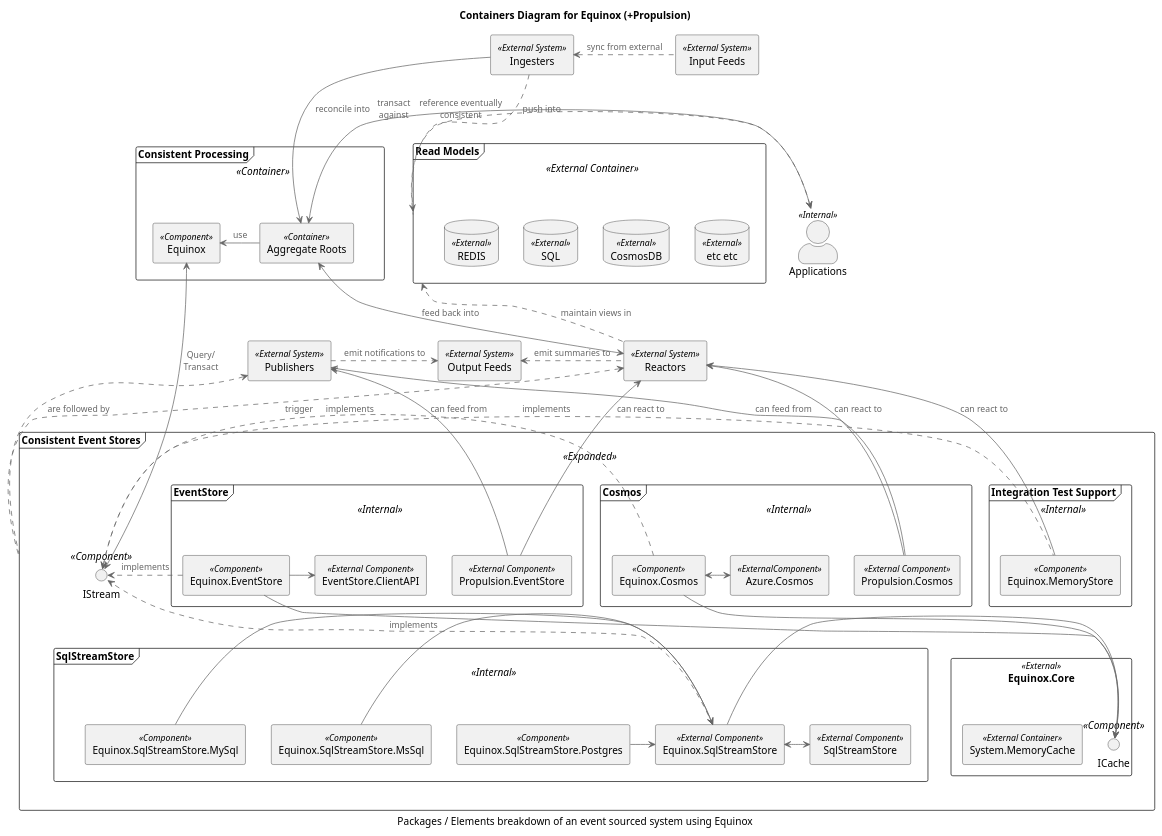
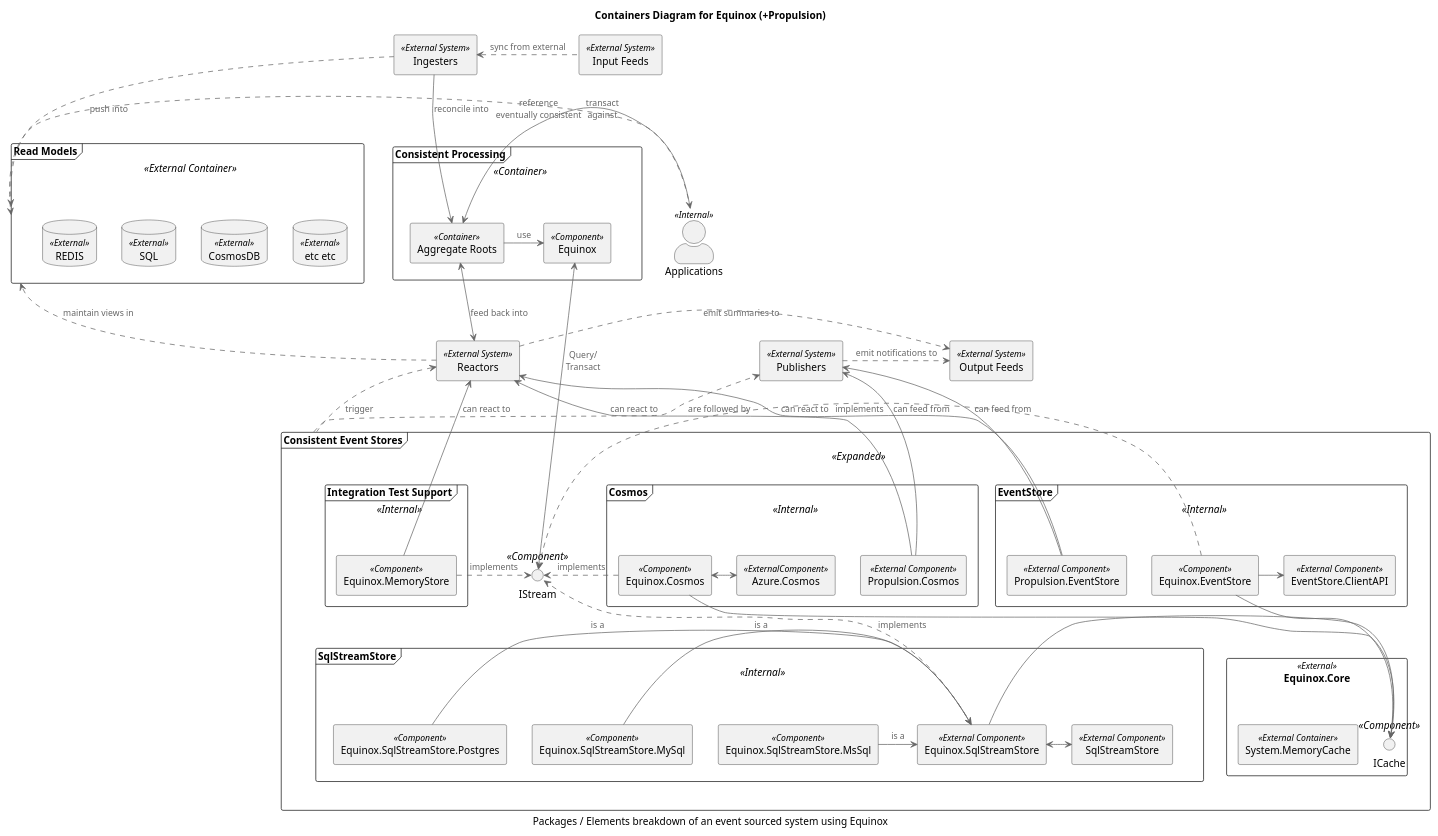
The diagram in diagrams/container.puml (jet/equinox), drawn with PlantUML before and after one commit. The commit also changed 1 other file, not shown here.

```diff
--- a/diagrams/container.puml
+++ b/diagrams/container.puml
@@ -1,103 +1,105 @@
 @startuml
 !includeurl https://raw.githubusercontent.com/skleanthous/C4-PlantumlSkin/master/build/output/c4.puml
 
 title Containers Diagram for Equinox (+Propulsion)
 caption Packages / Elements breakdown of an event sourced system using Equinox
 
+rectangle "Ingesters" as ingesters <<External System>> 
+rectangle "Input Feeds" as inputs <<External System>> 
 actor "Applications" as apps <<Internal>>
+
 together {
-frame "Read Models" <<External Container>> as caches {
-    database "REDIS"    as red <<External>>
-    database "SQL"      as sql <<External>>
-    database "CosmosDB" as cdb <<External>>
-    database "etc etc"  as etc <<External>>
+    frame "Consistent Processing" <<Container>> as services {
+        rectangle "Equinox" <<Component>> as equinox
+        rectangle "Aggregate Roots" as aggs <<Container>>
+    }
+    frame "Read Models" <<External Container>> as caches {
+        database "REDIS"    as red <<External>>
+        database "SQL"      as sql <<External>>
+        database "CosmosDB" as cdb <<External>>
+        database "etc etc"  as etc <<External>>
+    }
 }
-frame "Consistent Processing" <<Container>> as services {
-    rectangle "Equinox" <<Component>> as equinox
-    rectangle "Aggregate Roots" as Aggregates <<Container>>
-}
-}
-rectangle "Ingesters" as ingesters <<External System>> 
-rectangle "Input Feeds" as sources <<External System>> 
-rectangle "Publishers" as projectors <<External System>> 
-rectangle "Output Feeds" as sinks <<External System>> 
-rectangle "Reactors" as reactors <<External System>> 
 
 frame "Consistent Event Stores" as stores <<Expanded>> {
     frame "Cosmos" as cosmos <<Internal>> {
         rectangle "Equinox.Cosmos" <<Component>> as cs
         rectangle "Propulsion.Cosmos" <<External Component>> as cfp
         rectangle "Azure.Cosmos" <<ExternalComponent>> as cc
     }
     frame "EventStore" <<Internal>> {
         rectangle "Equinox.EventStore" <<Component>> as es
         rectangle "Propulsion.EventStore" <<External Component>> as all
         rectangle "EventStore.ClientAPI" <<External Component>> as esc
     }
     frame "Integration Test Support" <<Internal>> {
         rectangle "Equinox.MemoryStore" <<Component>> as ms 
     }
     interface IStream <<Component>>
     rectangle "Equinox.Core" as core <<External>> {
         rectangle "System.MemoryCache" <<External Container>>
         interface ICache <<Component>>
     }
     frame "SqlStreamStore" as ssss <<Internal>> {
         rectangle "Equinox.SqlStreamStore.MsSql" <<Component>> as ssm
         rectangle "Equinox.SqlStreamStore.MySql" <<Component>> as ssy
         rectangle "Equinox.SqlStreamStore.Postgres" <<Component>> as ssp
         rectangle "Equinox.SqlStreamStore" <<External Component>> as sss
         rectangle "SqlStreamStore" <<External Component>>
     }
 }
 
-Aggregates   -> equinox    : use
+rectangle "Reactors" as reactors <<External System>> 
+rectangle "Publishers" as publishers <<External System>> 
+rectangle "Output Feeds" as outputs <<External System>> 
+
+apps         .> caches     : reference\neventually consistent
+apps        <-> aggs       : transact\nagainst
+
+aggs         -> equinox    : use
 equinox     <-> IStream    : Query/\nTransact
 
-ingesters  <.R. sources    : sync from external
-ingesters    --> Aggregates : reconcile into
-ingesters  .> caches     : push into
+ingesters  <.   inputs     : sync from external
+ingesters    -> aggs       : reconcile into
+ingesters    .> caches     : push into
 
-apps       <.   caches     : reference eventually consistent
-apps        <-> Aggregates : transact\nagainst
-
-stores     .U.> projectors : are followed by
+stores     .>   publishers : are followed by
 stores     .U.> reactors   : trigger
 
-projectors   .> sinks      : emit notifications to
-projectors <--  cfp        : can feed from
-projectors <--  all        : can feed from
+publishers   .> outputs    : emit notifications to
+publishers <--  cfp        : can feed from
+publishers <--  all        : can feed from
 
-reactors  <-U-> Aggregates : feed back into
-reactors   .L.> sinks      : emit summaries to
-reactors   .U.> caches     : maintain views in
+reactors  <-U-> aggs       : feed back into
+reactors     .> outputs    : emit summaries to
+reactors     .> caches     : maintain views in
 reactors   <-   ms         : can react to
 reactors   <-   cfp        : can react to
 reactors   <-   all        : can react to
 
-ms         .L.> IStream    : implements
+ms           .> IStream    : implements
 es           -> ICache
 es           .> IStream    : implements
 es           -> esc
 cs          --> ICache
 cs           .> IStream    : implements
 cs          <-> cc
 sss          -> ICache
 sss          .> IStream    : implements
 
-ssm          -> sss
-ssy          -> sss
-ssp          -> sss
+ssm          -> sss        : is a
+ssy          -> sss        : is a
+ssp          -> sss        : is a
 sss         <-> SqlStreamStore
 
-caches     -[hidden]R-> stores
-apps       -[hidden]R-> services
-ingesters  -[hidden]D-> apps
-projectors -[hidden]D-> es
-projectors -[hidden]U-> services
+services   -[hidden]D-> reactors
+ingesters  -[hidden]D-> services
+
+publishers -[hidden]D-> es
 IStream    -[hidden]D-> ssss
+
 red        -[hidden]R-> sql
 sql        -[hidden]R-> cdb
 cdb        -[hidden]R-> etc
 
 @enduml
```
